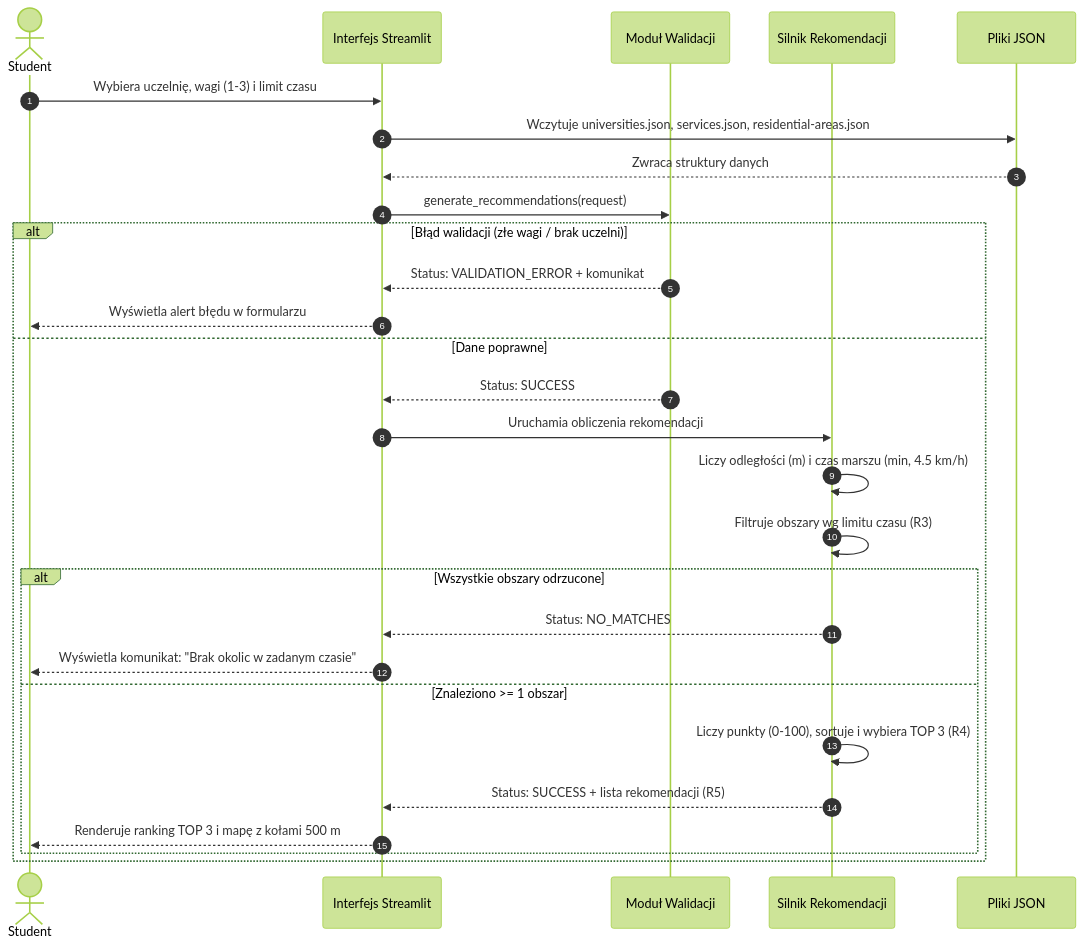
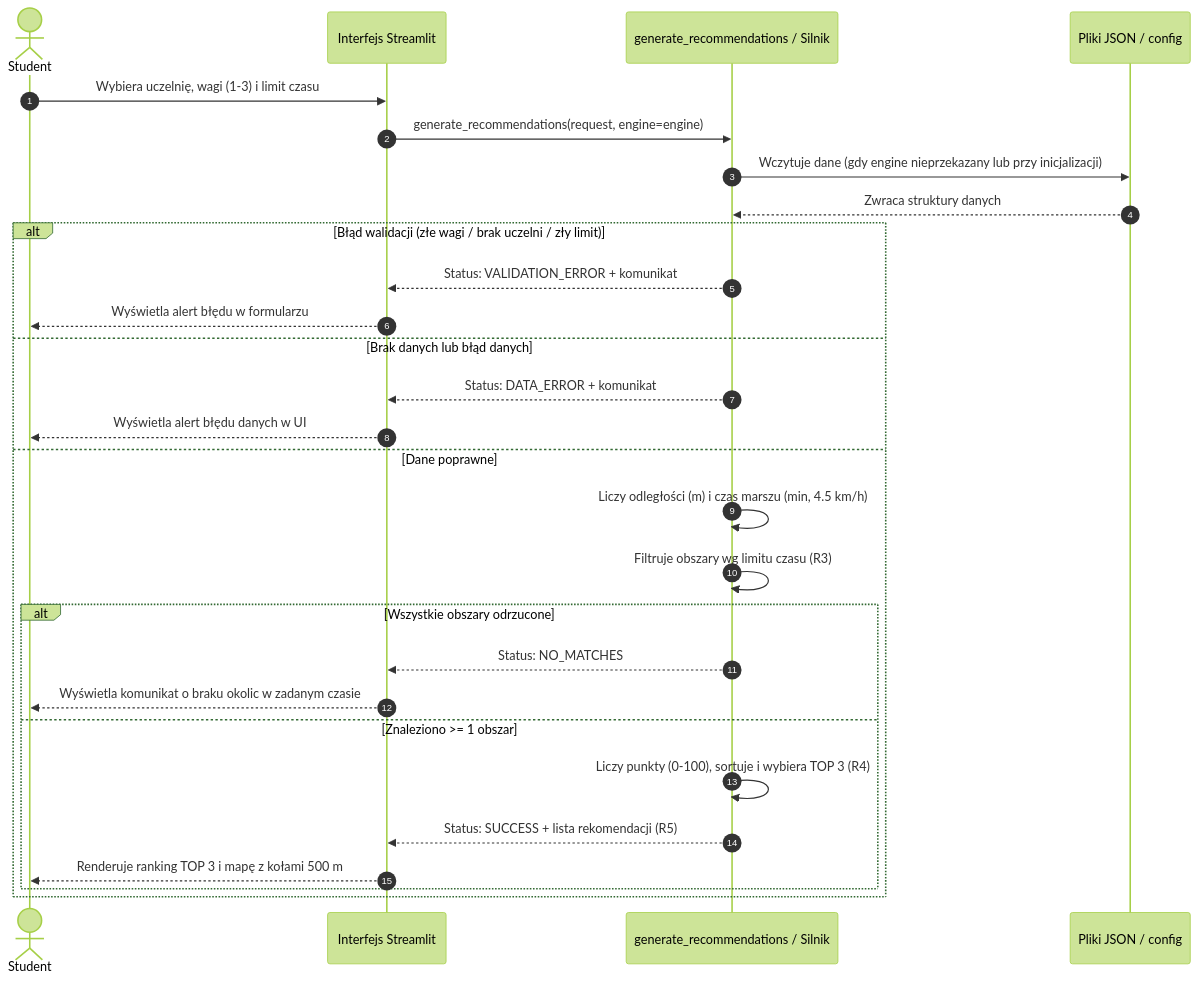
Before and after one commit to CoffiPants/System-rekomendacji-okolic-do-zamieszkania-dla-student-w-w-Rzeszowie: the first of 2 diagrams in docs/architecture.md, drawn with Mermaid (forest theme). The commit also changed other lines of this file and 2 other files, not shown here.

Commit message:
docs(lab8): finalizacja raportu, prezentacji i architektury po uwagach

````diff
--- a/docs/architecture.md
+++ b/docs/architecture.md
@@ -56,31 +56,31 @@
 ```mermaid
 sequenceDiagram
     autonumber
     actor Student
     participant UI as Interfejs Streamlit
-    participant Val as Moduł Walidacji
-    participant Engine as Silnik Rekomendacji
-    participant Data as Pliki JSON
+    participant Engine as generate_recommendations / Silnik
+    participant Data as Pliki JSON / config
 
     Student->>UI: Wybiera uczelnię, wagi (1-3) i limit czasu
-    UI->>Data: Wczytuje universities.json, services.json, residential-areas.json
-    Data-->>UI: Zwraca struktury danych
-    UI->>Val: generate_recommendations(request)
-    alt Błąd walidacji (złe wagi / brak uczelni)
-        Val-->>UI: Status: VALIDATION_ERROR + komunikat
+    UI->>Engine: generate_recommendations(request, engine=engine)
+    Engine->>Data: Wczytuje dane (gdy engine nieprzekazany lub przy inicjalizacji)
+    Data-->>Engine: Zwraca struktury danych
+    alt Błąd walidacji (złe wagi / brak uczelni / zły limit)
+        Engine-->>UI: Status: VALIDATION_ERROR + komunikat
         UI-->>Student: Wyświetla alert błędu w formularzu
+    else Brak danych lub błąd danych
+        Engine-->>UI: Status: DATA_ERROR + komunikat
+        UI-->>Student: Wyświetla alert błędu danych w UI
     else Dane poprawne
-        Val-->>UI: Status: SUCCESS
-        UI->>Engine: Uruchamia obliczenia rekomendacji
         Engine->>Engine: Liczy odległości (m) i czas marszu (min, 4.5 km/h)
         Engine->>Engine: Filtruje obszary wg limitu czasu (R3)
         alt Wszystkie obszary odrzucone
             Engine-->>UI: Status: NO_MATCHES
-            UI-->>Student: Wyświetla komunikat: "Brak okolic w zadanym czasie"
+            UI-->>Student: Wyświetla komunikat o braku okolic w zadanym czasie
         else Znaleziono >= 1 obszar
             Engine->>Engine: Liczy punkty (0-100), sortuje i wybiera TOP 3 (R4)
             Engine-->>UI: Status: SUCCESS + lista rekomendacji (R5)
             UI-->>Student: Renderuje ranking TOP 3 i mapę z kołami 500 m
         end
     end
 ```
````
